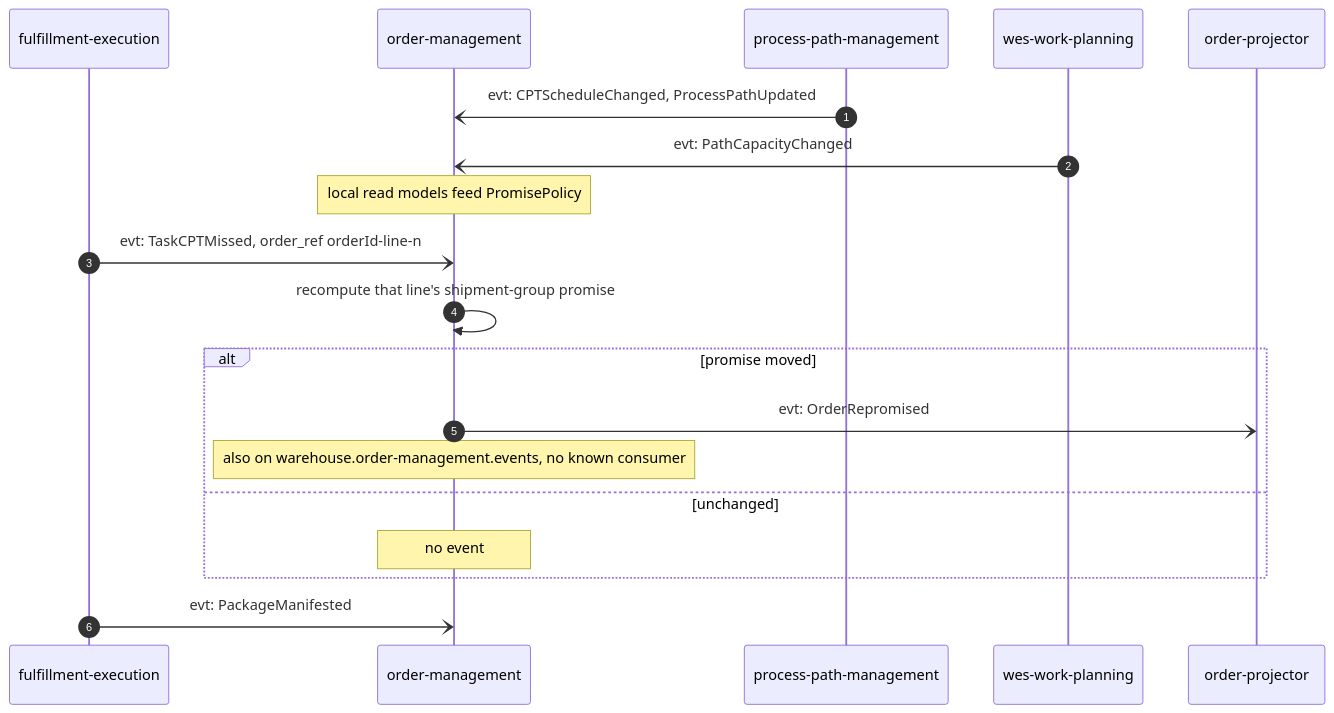
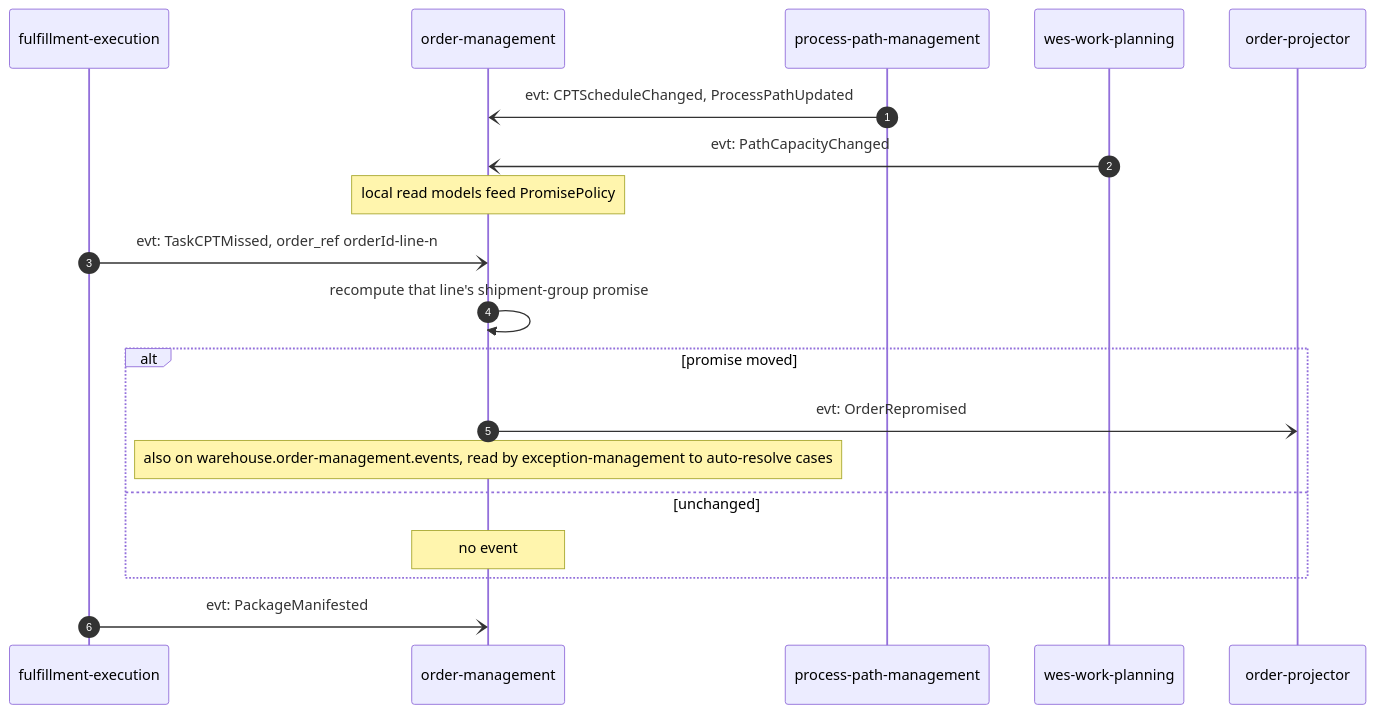
The third of 5 diagrams in docs/docs/ddd/domain-message-flow.md (IQVO/order-management), drawn with Mermaid before and after one commit. The commit also changed 9 other files, not shown here.

Commit message:
docs(order-management): name the OrderRepromised and SiteSkuDemandChanged consumers and the orphaned-hold sweep owner

````diff
--- a/docs/docs/ddd/domain-message-flow.md
+++ b/docs/docs/ddd/domain-message-flow.md
@@ -100,22 +100,22 @@
 ```mermaid
 sequenceDiagram
   autonumber
   participant FE as fulfillment-execution
   participant OM as order-management
   participant PPM as process-path-management
   participant WP as wes-work-planning
   participant PJ as order-projector
 
   PPM-)OM: evt: CPTScheduleChanged, ProcessPathUpdated
   WP-)OM: evt: PathCapacityChanged
   Note over OM: local read models feed PromisePolicy
   FE-)OM: evt: TaskCPTMissed, order_ref orderId-line-n
   OM->>OM: recompute that line's shipment-group promise
   alt promise moved
     OM-)PJ: evt: OrderRepromised
-    Note over OM: also on warehouse.order-management.events, no known consumer
+    Note over OM: also on warehouse.order-management.events, read by exception-management to auto-resolve cases
   else unchanged
     Note over OM: no event
   end
   FE-)OM: evt: PackageManifested
 ```
````
